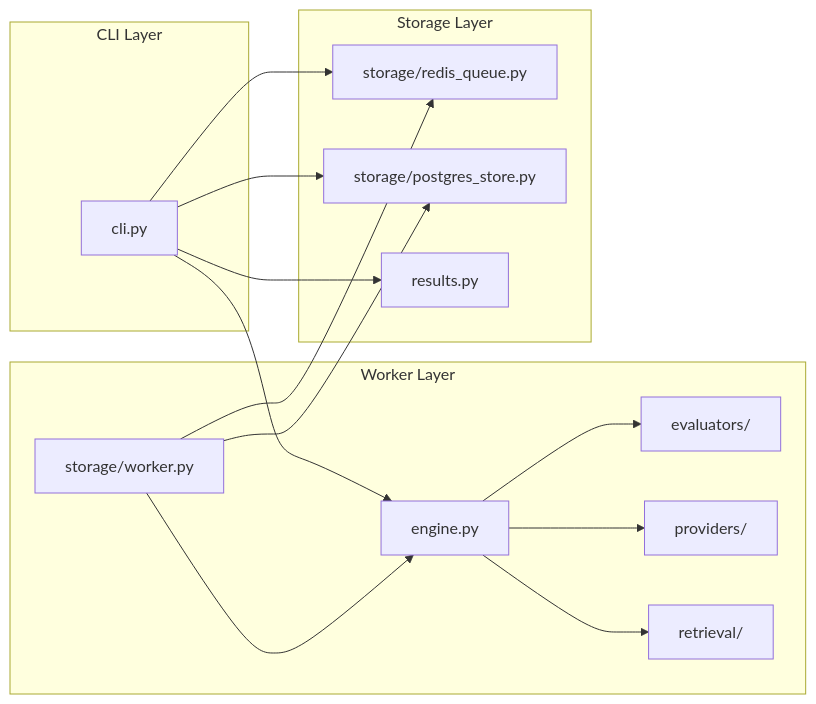
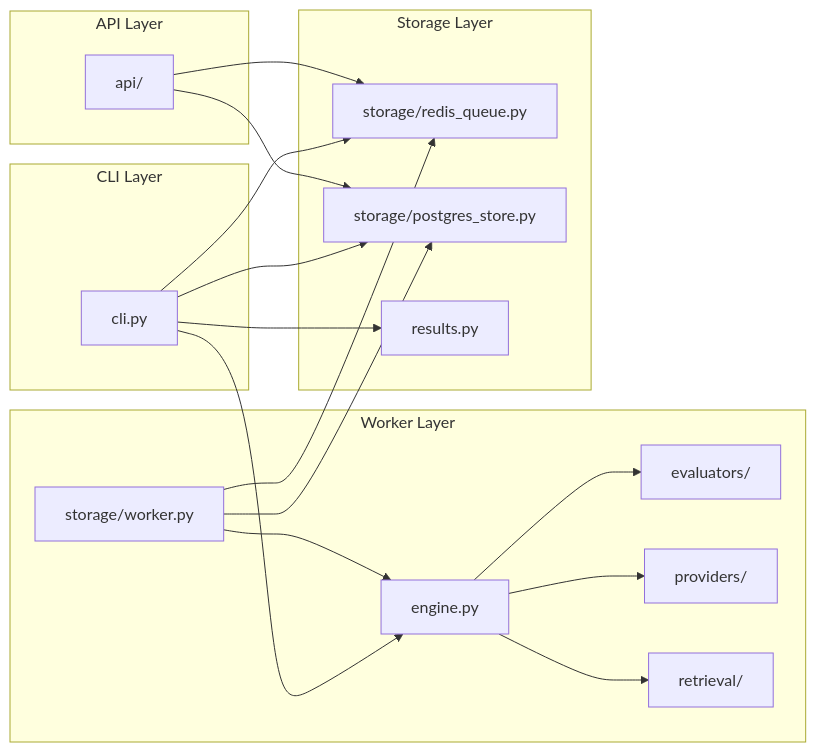
The third of 3 diagrams in ARCHITECTURE.md (avinashankur/evalbench), drawn with Mermaid before and after one commit. The commit also changed other lines of this file and 13 other files, not shown here.

````diff
--- a/ARCHITECTURE.md
+++ b/ARCHITECTURE.md
@@ -71,31 +76,37 @@
 ```mermaid
 graph LR
   subgraph CLI Layer
     CLI[cli.py]
+  end
+
+  subgraph API Layer
+    API[api/]
   end
 
   subgraph Worker Layer
     Worker[storage/worker.py]
     Engine[engine.py]
     Evaluators[evaluators/]
     Providers[providers/]
     Retrieval[retrieval/]
   end
 
   subgraph Storage Layer
     RedisQueue[storage/redis_queue.py]
     PostgresStore[storage/postgres_store.py]
     LocalStore[results.py]
   end
 
   CLI --> Engine
   CLI --> LocalStore
   CLI --> RedisQueue
   CLI --> PostgresStore
+  API --> RedisQueue
+  API --> PostgresStore
   Worker --> RedisQueue
   Worker --> Engine
   Engine --> Evaluators
   Engine --> Providers
   Engine --> Retrieval
   Worker --> PostgresStore
 ```
````
